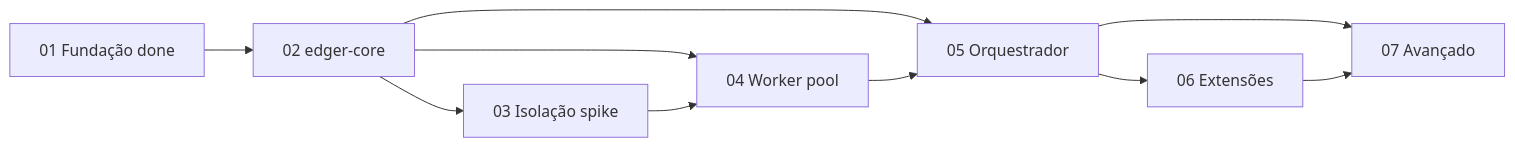
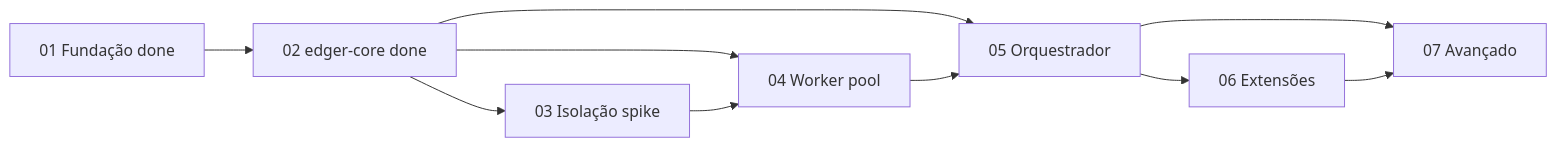
The diagram in planning/edger/status/consolidation-2026-06-29-backlog-ready.md (djalmajr/edger), drawn with Mermaid before and after one commit. The commit also changed other lines of this file and 26 other files, not shown here.

````diff
--- a/planning/edger/status/consolidation-2026-06-29-backlog-ready.md
+++ b/planning/edger/status/consolidation-2026-06-29-backlog-ready.md
@@ -75,12 +57,12 @@
 ```mermaid
 flowchart LR
-    E01[01 Fundação done] --> E02[02 edger-core]
+    E01[01 Fundação done] --> E02[02 edger-core done]
     E02 --> E03[03 Isolação spike]
     E02 --> E04[04 Worker pool]
     E03 --> E04
     E02 --> E05[05 Orquestrador]
     E04 --> E05
     E05 --> E06[06 Extensões]
     E05 --> E07[07 Avançado]
     E06 --> E07
 ```
````
